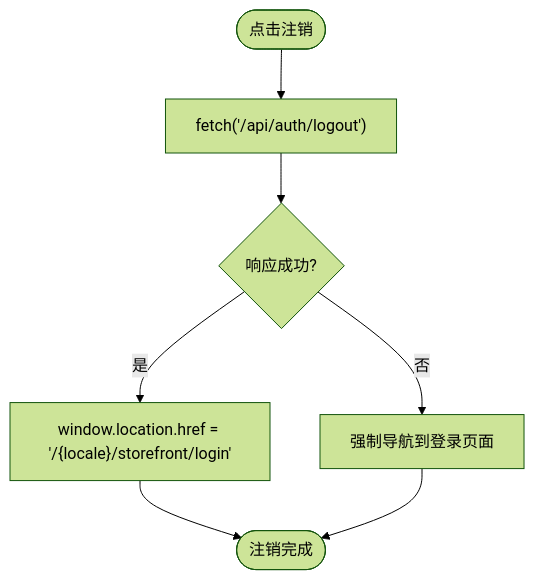
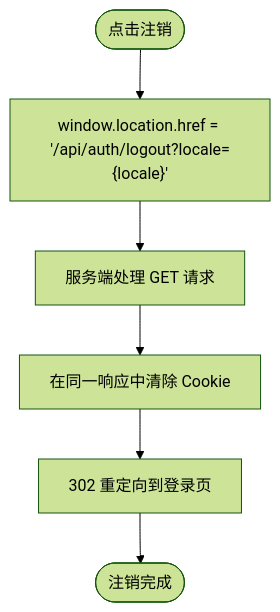
Before and after one commit to three3638-arch/celestia_2b: the fifth of 7 diagrams in .qoder/repowiki/zh/content/认证系统/认证系统.md, drawn with Mermaid (forest theme). The commit also changed other lines of this file and 6 other files, not shown here.

Commit message:
fix: logout redirect + feat: customer markup ratio on product prices

````diff
--- a/.qoder/repowiki/zh/content/认证系统/认证系统.md
+++ b/.qoder/repowiki/zh/content/认证系统/认证系统.md
@@ -393,9 +406,8 @@
 ```mermaid
 flowchart TD
-Start(["点击注销"]) --> Fetch["fetch('/api/auth/logout')"]
-Fetch --> Response{"响应成功?"}
-Response --> |是| Nav["window.location.href = '/{locale}/storefront/login'"]
-Response --> |否| ForceNav["强制导航到登录页面"]
-Nav --> End(["注销完成"])
-ForceNav --> End
+Start(["点击注销"]) --> DirectNav["window.location.href = '/api/auth/logout?locale={locale}'"]
+DirectNav --> ServerSide["服务端处理 GET 请求"]
+ServerSide --> ClearCookie["在同一响应中清除 Cookie"]
+ClearCookie --> Redirect["302 重定向到登录页"]
+Redirect --> End(["注销完成"])
 ```
````
